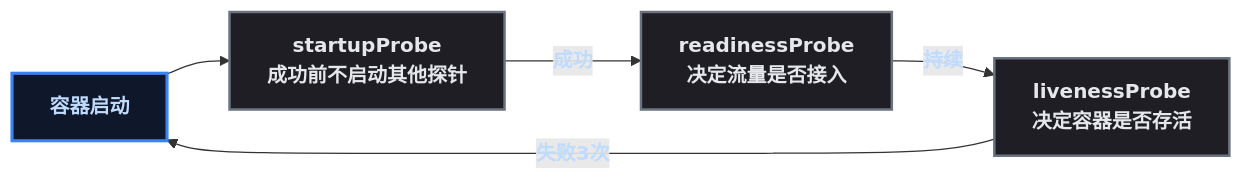
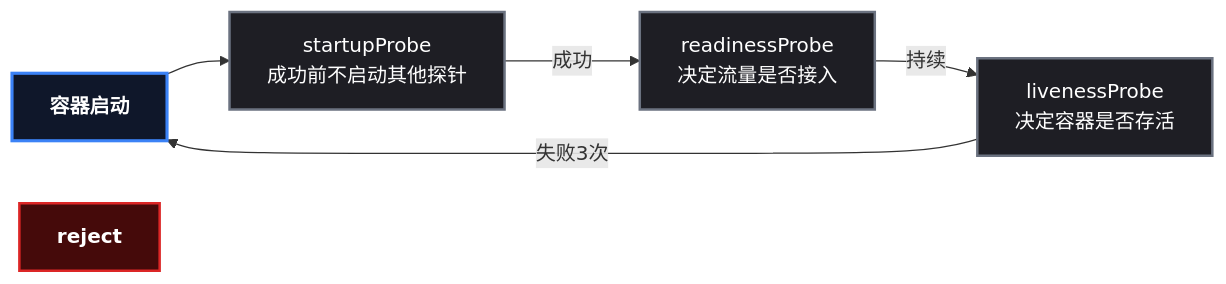
Before and after one commit to yaocat55/yaocat55.github.io: the first of 2 diagrams in content/posts/kubernetes/K8sProbesPractice.md, drawn with Mermaid. The commit also changed other lines of this file and 27 other files, not shown here.

Commit message:
docs: 全系列 93 张 Mermaid 图 classDef 改为 style 强制深底白字(修复部分渲染器白底浅字)+历史文件格式清理

````diff
--- a/content/posts/kubernetes/K8sProbesPractice.md
+++ b/content/posts/kubernetes/K8sProbesPractice.md
@@ -53,13 +53,12 @@
 ```mermaid
 flowchart LR
     A["容器启动"] --> B["startupProbe<br/>成功前不启动其他探针"]
     B -->|"成功"| C["readinessProbe<br/>决定流量是否接入"]
     C -->|"持续"| D["livenessProbe<br/>决定容器是否存活"]
     D -->|"失败3次"| A
-    classDef root fill:#0f172a,stroke:#3b82f6,stroke-width:2.5px,color:#bfdbfe,font-weight:bold;
-    classDef process fill:#1e1e24,stroke:#6b7280,stroke-width:2px,color:#e5e7eb;
-    classDef reject fill:#450a0a,stroke:#dc2626,stroke-width:2px,color:#fecaca,font-weight:bold;
-    class A root;
-    class B,C,D process;
-    class reject reject;
+    style A fill:#0f172a,stroke:#3b82f6,stroke-width:2.5px,color:#ffffff,font-weight:bold
+    style B fill:#1e1e24,stroke:#6b7280,stroke-width:2px,color:#ffffff
+    style C fill:#1e1e24,stroke:#6b7280,stroke-width:2px,color:#ffffff
+    style D fill:#1e1e24,stroke:#6b7280,stroke-width:2px,color:#ffffff
+    style reject fill:#450a0a,stroke:#dc2626,stroke-width:2px,color:#ffffff,font-weight:bold
 ```
````
